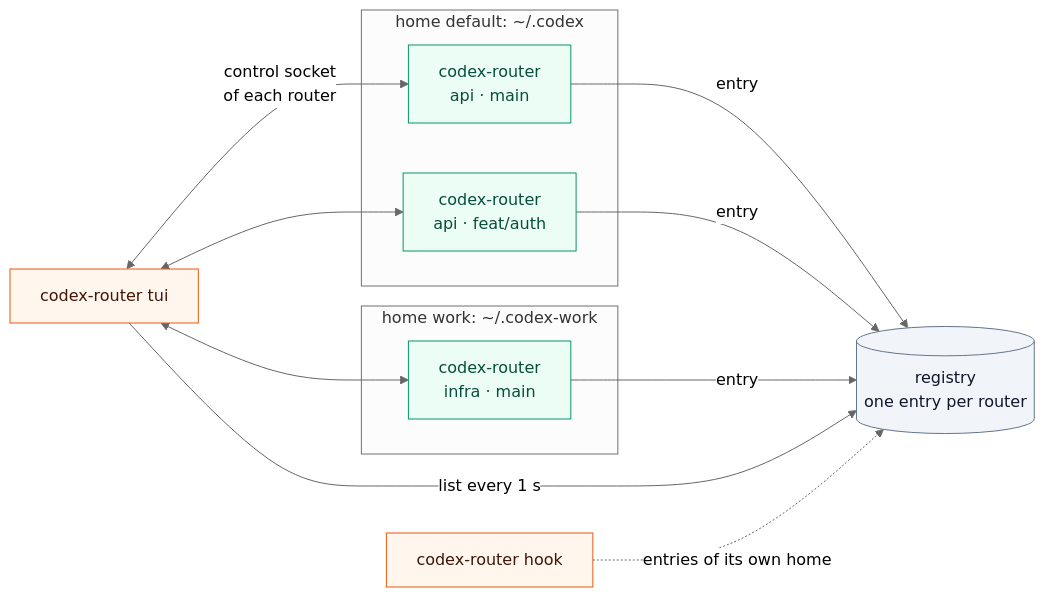
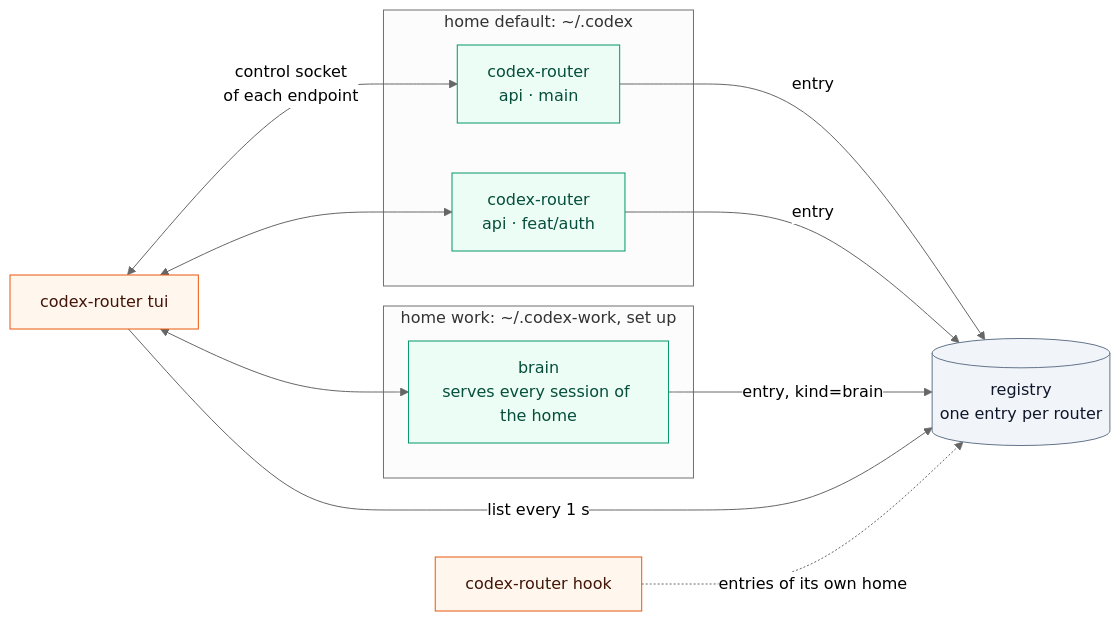
Before and after one commit to alexei-led/codex-router: the second of 9 diagrams in docs/architecture.md, drawn with Mermaid (neutral theme). The commit also changed other lines of this file and 2 other files, not shown here.

Commit message:
docs: add locked panel picture, ctl, and the brain in the registry diagram

````diff
--- a/docs/architecture.md
+++ b/docs/architecture.md
@@ -57,26 +57,26 @@
 ```mermaid
 flowchart LR
   subgraph personal["home default: ~/.codex"]
     r1["codex-router<br/>api · main"]:::core
     r2["codex-router<br/>api · feat/auth"]:::core
   end
-  subgraph work["home work: ~/.codex-work"]
-    r3["codex-router<br/>infra · main"]:::core
+  subgraph work["home work: ~/.codex-work, set up"]
+    b1["brain<br/>serves every session of the home"]:::core
   end
   reg[("registry<br/>one entry per router")]:::store
   panel["codex-router tui"]:::tool
   hook["codex-router hook"]:::tool
 
   r1 -->|"entry"| reg
   r2 -->|"entry"| reg
-  r3 -->|"entry"| reg
+  b1 -->|"entry, kind=brain"| reg
   panel -->|"list every 1 s"| reg
-  panel <-->|"control socket<br/>of each router"| r1
+  panel <-->|"control socket<br/>of each endpoint"| r1
   panel <--> r2
-  panel <--> r3
+  panel <--> b1
   hook -.->|"entries of its own home"| reg
 
   classDef core fill:#ecfdf5,stroke:#059669,color:#064e3b
   classDef tool fill:#fff7ed,stroke:#ea580c,color:#431407
   classDef store fill:#f1f5f9,stroke:#64748b,color:#0f172a
 ```
````
